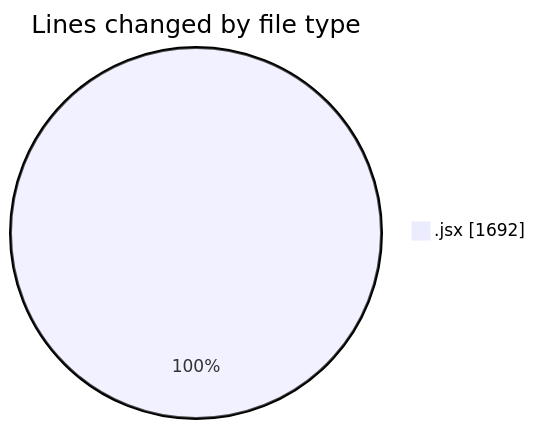
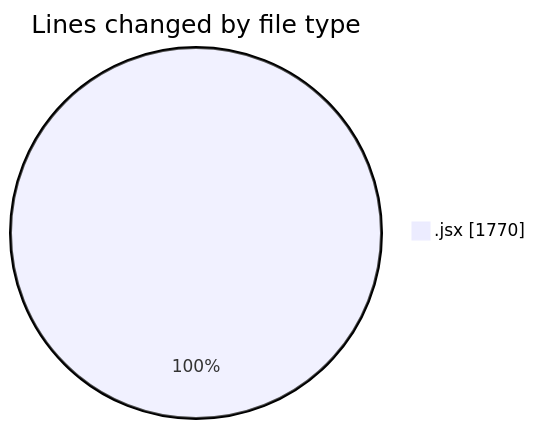
Before and after one commit to nxtqubesakshisongat/code-tracking: the first of 2 diagrams in 2025-08-22/nxtqube_webapp/README.md, drawn with Mermaid. The commit also changed other lines of this file and 1 other file, not shown here.

````diff
--- a/2025-08-22/nxtqube_webapp/README.md
+++ b/2025-08-22/nxtqube_webapp/README.md
@@ -20,5 +20,5 @@
 ```mermaid
 pie showData
 title Lines changed by file type
-".jsx" : 1692
+".jsx" : 1770
 ```
````
